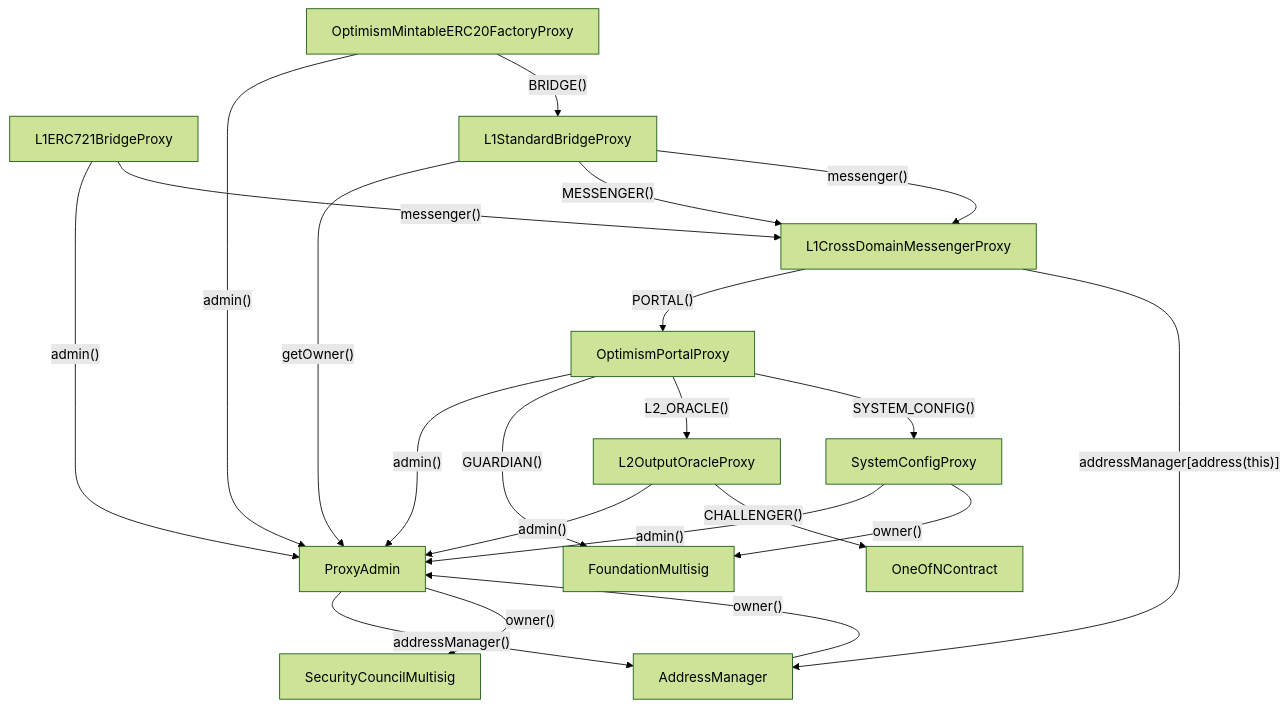
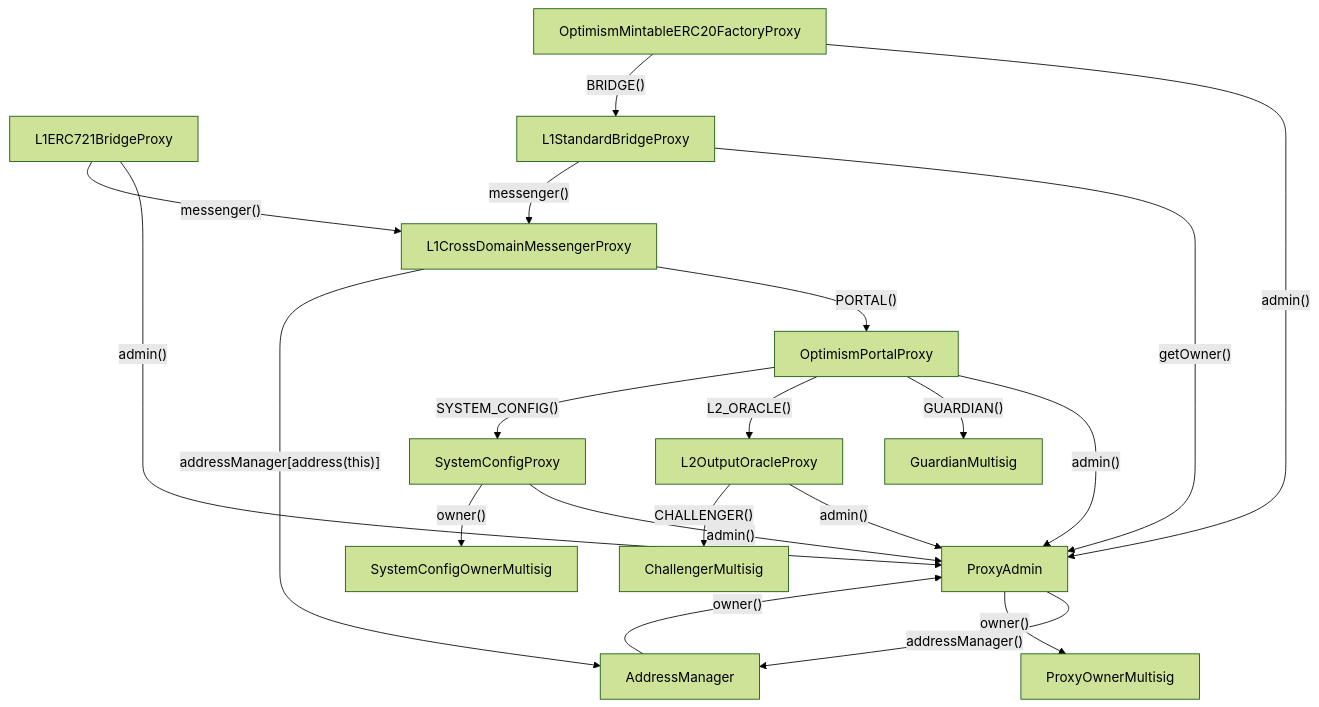
One commit to ethereum-optimism/superchain-registry changed the diagram in README.md. Above: the diagram before and after it, drawn with Mermaid (forest theme). The commit also changed other lines of this file, not shown here.

````diff
--- a/README.md
+++ b/README.md
@@ -31,31 +67,31 @@
 ``` mermaid
 graph TD
-  SystemConfigProxy -- "admin()" --> ProxyAdmin
-  SystemConfigProxy -- "owner()" --> FoundationMultisig
+  L1ERC721BridgeProxy -- "admin()" --> ProxyAdmin
+  L1ERC721BridgeProxy -- "messenger()" --> L1CrossDomainMessengerProxy
 
-  AddressManager -- "owner()" -->  ProxyAdmin
+  OptimismMintableERC20FactoryProxy -- "admin()" --> ProxyAdmin
+  OptimismMintableERC20FactoryProxy -- "BRIDGE()" --> L1StandardBridgeProxy
+
+  ProxyAdmin -- "addressManager()" --> AddressManager
+  ProxyAdmin -- "owner()" --> ProxyOwnerMultisig
 
   L1CrossDomainMessengerProxy -- "PORTAL()" --> OptimismPortalProxy
   L1CrossDomainMessengerProxy -- "addressManager[address(this)]" --> AddressManager
 
-  L1ERC721BridgeProxy -- "admin()" --> ProxyAdmin
-  L1ERC721BridgeProxy -- "messenger()" --> L1CrossDomainMessengerProxy
-
   L1StandardBridgeProxy -- "getOwner()" -->  ProxyAdmin
-  L1StandardBridgeProxy -- "MESSENGER()" --> L1CrossDomainMessengerProxy
   L1StandardBridgeProxy -- "messenger()" --> L1CrossDomainMessengerProxy
 
-  L2OutputOracleProxy -- "admin()" --> ProxyAdmin
-  L2OutputOracleProxy -- "CHALLENGER()" --> OneOfNContract
-
-  OptimismMintableERC20FactoryProxy -- "admin()" --> ProxyAdmin
-  OptimismMintableERC20FactoryProxy -- "BRIDGE()" --> L1StandardBridgeProxy
+  AddressManager -- "owner()" -->  ProxyAdmin
 
   OptimismPortalProxy -- "admin()" --> ProxyAdmin
-  OptimismPortalProxy -- "GUARDIAN()" --> FoundationMultisig
+  OptimismPortalProxy -- "GUARDIAN()" --> GuardianMultisig
   OptimismPortalProxy -- "L2_ORACLE()" --> L2OutputOracleProxy
   OptimismPortalProxy -- "SYSTEM_CONFIG()" --> SystemConfigProxy
 
-  ProxyAdmin -- "addressManager()" --> AddressManager
-  ProxyAdmin -- "owner()" --> SecurityCouncilMultisig
+  L2OutputOracleProxy -- "admin()" --> ProxyAdmin
+  L2OutputOracleProxy -- "CHALLENGER()" --> ChallengerMultisig
+
+  SystemConfigProxy -- "admin()" --> ProxyAdmin
+  SystemConfigProxy -- "owner()" --> SystemConfigOwnerMultisig
+
 ```
````
